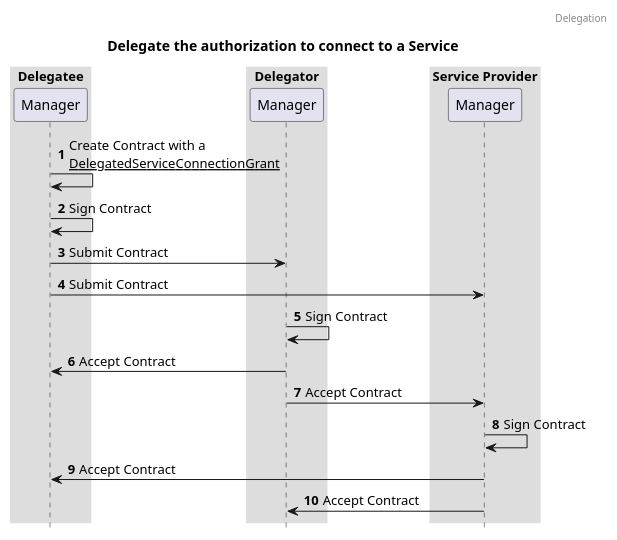
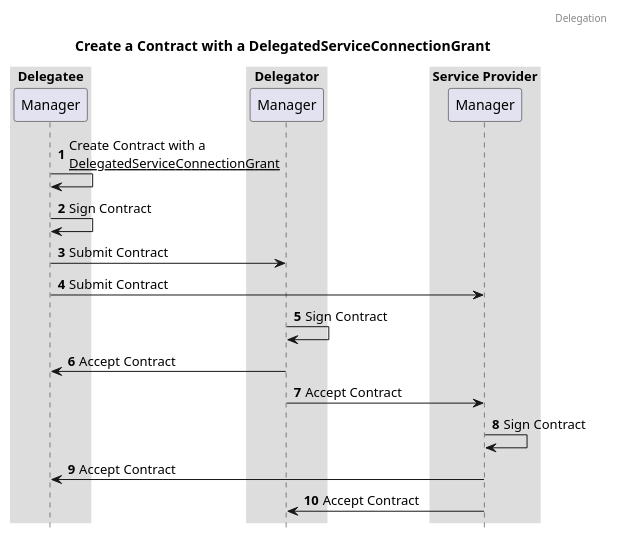
One commit to Logius-standaarden/fsc-core changed the diagram in media/seq-delegate-connection.puml. Above: the diagram before and after it, drawn with PlantUML. The commit also changed 6 other files, not shown here.

```diff
--- a/media/seq-delegate-connection.puml
+++ b/media/seq-delegate-connection.puml
@@ -1,33 +1,33 @@
 @startuml
 
 autonumber
-title: Delegate the authorization to connect to a Service
+title: Create a Contract with a DelegatedServiceConnectionGrant
 header: Delegation
 
 box "Delegatee"
   participant "Manager" as managerDelegatee
 end box
 
 box "Delegator"
   participant "Manager" as managerDelegator
 end box
 
 box "Service Provider"
   participant "Manager" as managerServiceProvider
 end box
 
 managerDelegatee -> managerDelegatee: Create Contract with a \n__DelegatedServiceConnectionGrant__
 managerDelegatee -> managerDelegatee: Sign Contract
 managerDelegatee -> managerDelegator: Submit Contract
 managerDelegatee -> managerServiceProvider: Submit Contract
 managerDelegator -> managerDelegator: Sign Contract
 managerDelegator -> managerDelegatee: Accept Contract
 managerDelegator -> managerServiceProvider: Accept Contract
 managerServiceProvider -> managerServiceProvider: Sign Contract
 managerServiceProvider -> managerDelegatee: Accept Contract
 managerServiceProvider -> managerDelegator: Accept Contract
 
 skinparam sequenceBoxBorderColor #transparent
 skinparam boxPadding 50
 hide footbox
 @enduml
```
